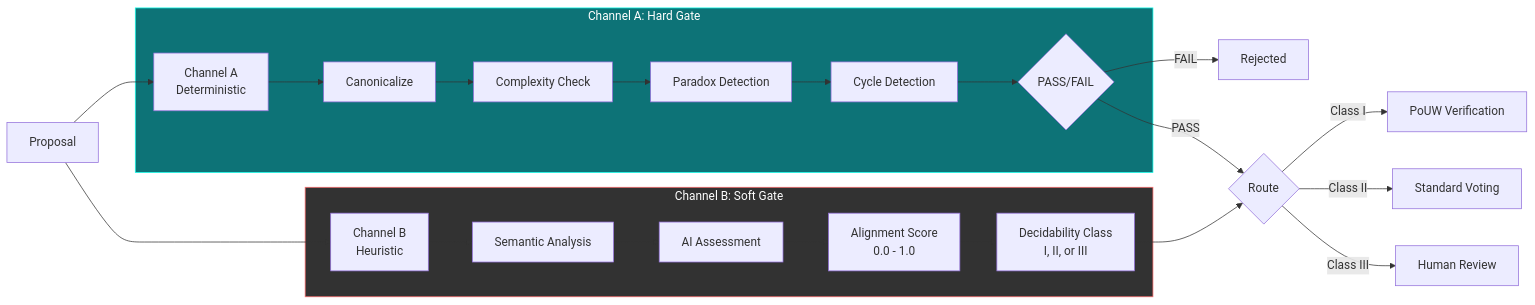
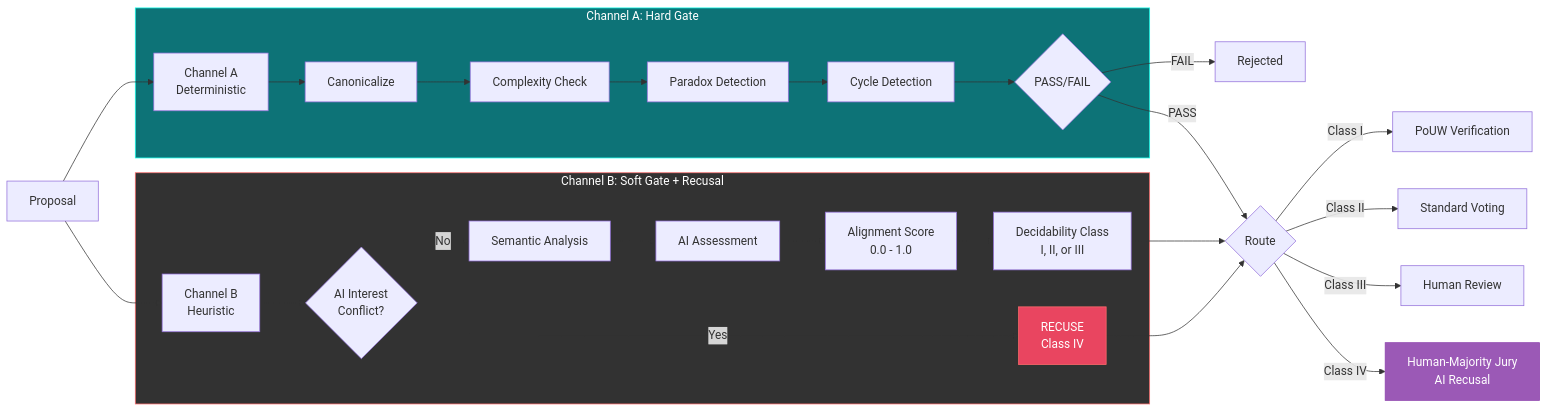
Before and after one commit to Quigles1337/AI-Constitutional-DAO: the second of 21 diagrams in README.md, drawn with Mermaid. The commit also changed other lines of this file and 8 other files, not shown here.

````diff
--- a/README.md
+++ b/README.md
@@ -47,31 +48,37 @@
 ```mermaid
 flowchart LR
     P[Proposal] --> CA[Channel A<br/>Deterministic]
     P --> CB[Channel B<br/>Heuristic]
 
     subgraph ChannelA["Channel A: Hard Gate"]
         CA --> C1[Canonicalize]
         C1 --> C2[Complexity Check]
         C2 --> C3[Paradox Detection]
         C3 --> C4[Cycle Detection]
         C4 --> VA{PASS/FAIL}
     end
 
-    subgraph ChannelB["Channel B: Soft Gate"]
-        CB --> S1[Semantic Analysis]
+    subgraph ChannelB["Channel B: Soft Gate + Recusal"]
+        CB --> CONFLICT{AI Interest<br/>Conflict?}
+        CONFLICT -->|Yes| RECUSE[RECUSE<br/>Class IV]
+        CONFLICT -->|No| S1[Semantic Analysis]
         S1 --> S2[AI Assessment]
         S2 --> VB[Alignment Score<br/>0.0 - 1.0]
         VB --> DC[Decidability Class<br/>I, II, or III]
     end
 
     VA -->|FAIL| REJ[Rejected]
     VA -->|PASS| ROUTE
     DC --> ROUTE{Route}
+    RECUSE --> ROUTE
 
     ROUTE -->|Class I| POUW[PoUW Verification]
     ROUTE -->|Class II| VOTE[Standard Voting]
     ROUTE -->|Class III| JURY[Human Review]
+    ROUTE -->|Class IV| HMJURY[Human-Majority Jury<br/>AI Recusal]
 
     style ChannelA fill:#0d7377,stroke:#14ffec,color:#fff
     style ChannelB fill:#323232,stroke:#ff6b6b,color:#fff
+    style RECUSE fill:#e94560,stroke:#ff6b6b,color:#fff
+    style HMJURY fill:#9b59b6,stroke:#8e44ad,color:#fff
 ```
````
